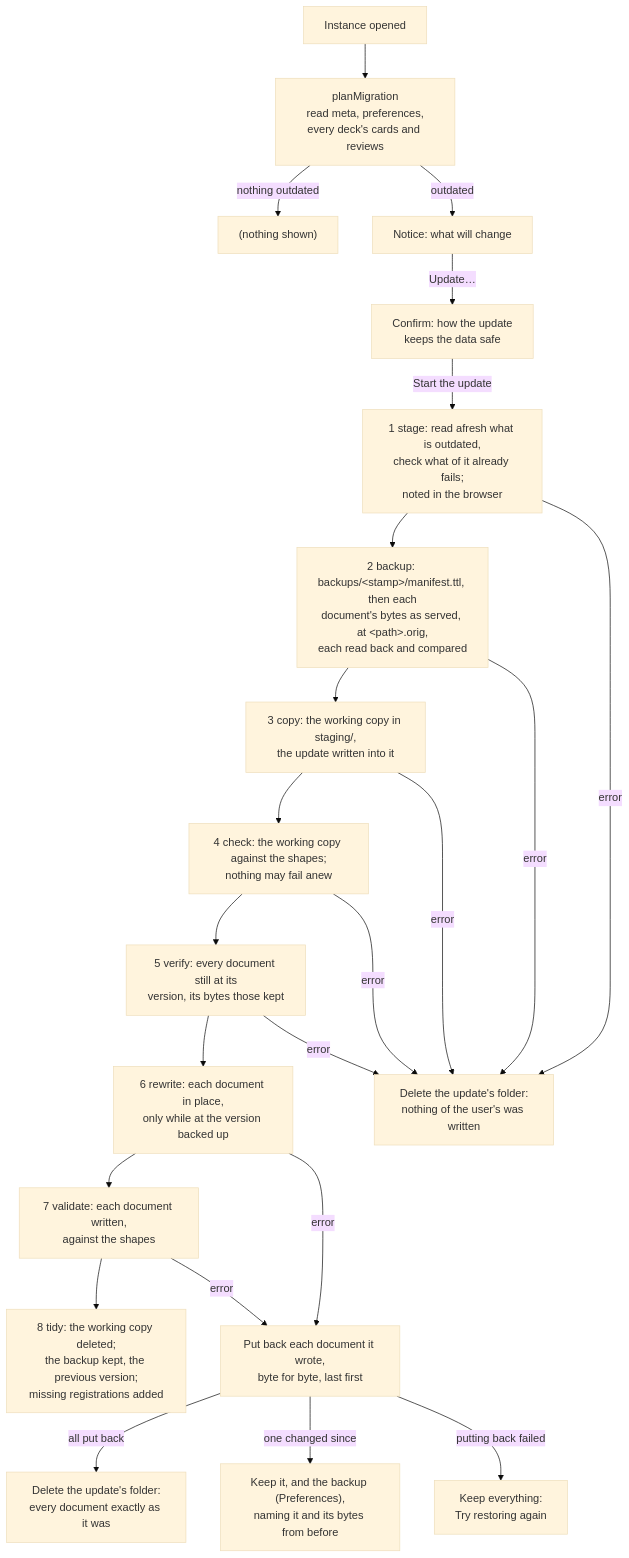
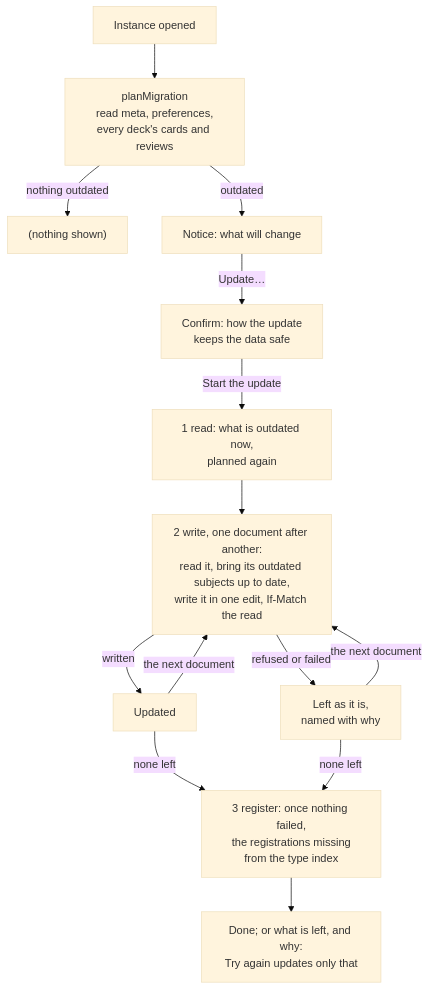
Before and after one commit to solid-memo/website: the second of 3 diagrams in docs/migrations.md, drawn with Mermaid (base theme). The commit also changed other lines of this file and 91 other files, not shown here.

First line of the commit message:
Update an instance and upgrade a deck one document at a time

````diff
--- a/docs/migrations.md
+++ b/docs/migrations.md
@@ -299,20 +271,14 @@
 ```mermaid
 flowchart TD
     open["Instance opened"] --> plan["planMigration<br/>read meta, preferences,<br/>every deck's cards and reviews"]
     plan -->|nothing outdated| quiet["(nothing shown)"]
     plan -->|outdated| notice["Notice: what will change"]
     notice -->|Update…| confirm["Confirm: how the update<br/>keeps the data safe"]
-    confirm -->|Start the update| stage["1 stage: read afresh what is outdated,<br/>check what of it already fails;<br/>noted in the browser"]
-    stage --> backup["2 backup: backups/&lt;stamp&gt;/manifest.ttl, then each<br/>document's bytes as served, at &lt;path&gt;.orig,<br/>each read back and compared"]
-    backup --> copy["3 copy: the working copy in staging/,<br/>the update written into it"]
-    copy --> check["4 check: the working copy against the shapes;<br/>nothing may fail anew"]
-    check --> verify["5 verify: every document still at its<br/>version, its bytes those kept"]
-    verify --> rewrite["6 rewrite: each document in place,<br/>only while at the version backed up"]
-    rewrite --> validate["7 validate: each document written,<br/>against the shapes"]
-    validate --> tidy["8 tidy: the working copy deleted;<br/>the backup kept, the previous version;<br/>missing registrations added"]
-    stage & backup & copy & check & verify -->|error| clean["Delete the update's folder:<br/>nothing of the user's was written"]
-    rewrite & validate -->|error| undo["Put back each document it wrote,<br/>byte for byte, last first"]
-    undo -->|all put back| gone["Delete the update's folder:<br/>every document exactly as it was"]
-    undo -->|one changed since| kept["Keep it, and the backup (Preferences),<br/>naming it and its bytes from before"]
-    undo -->|putting back failed| again["Keep everything:<br/>Try restoring again"]
+    confirm -->|Start the update| read["1 read: what is outdated now,<br/>planned again"]
+    read --> write["2 write, one document after another:<br/>read it, bring its outdated subjects up to date,<br/>write it in one edit, If-Match the read"]
+    write -->|written| updated["Updated"]
+    write -->|refused or failed| left["Left as it is,<br/>named with why"]
+    updated & left -->|the next document| write
+    updated & left -->|none left| register["3 register: once nothing failed,<br/>the registrations missing<br/>from the type index"]
+    register --> done["Done; or what is left, and why:<br/>Try again updates only that"]
 ```
````
